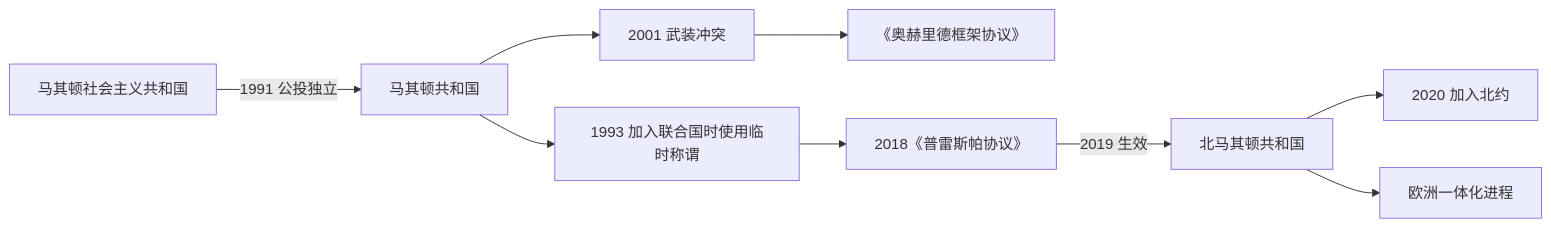
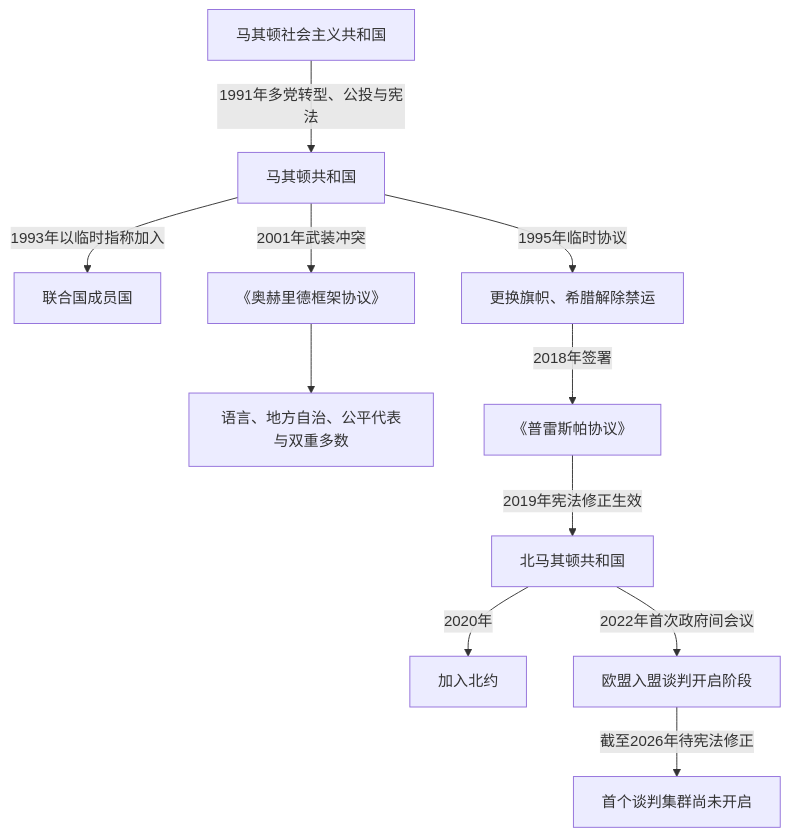
The diagram in 人文科学/历史/欧洲/东南欧与巴尔干/北马其顿/独立、国名争议与北马其顿.md (tianlan-dev/learning-notes), drawn with Mermaid before and after one commit. The commit also changed other lines of this file and 1417 other files, not shown here.

````diff
--- a/人文科学/历史/欧洲/东南欧与巴尔干/北马其顿/独立、国名争议与北马其顿.md
+++ b/人文科学/历史/欧洲/东南欧与巴尔干/北马其顿/独立、国名争议与北马其顿.md
@@ -17,11 +15,13 @@
 ```mermaid
-flowchart LR
-  Socialist["马其顿社会主义共和国"] -->|"1991 公投独立"| Republic["马其顿共和国"]
-  Republic --> UN["1993 加入联合国时使用临时称谓"]
-  Republic --> Conflict["2001 武装冲突"]
-  Conflict --> Ohrid["《奥赫里德框架协议》"]
-  UN --> Prespa["2018《普雷斯帕协议》"]
-  Prespa -->|"2019 生效"| NorthMacedonia["北马其顿共和国"]
-  NorthMacedonia --> NATO["2020 加入北约"]
-  NorthMacedonia --> Europe["欧洲一体化进程"]
+flowchart TD
+    SRM["马其顿社会主义共和国"] -->|1991年多党转型、公投与宪法| RM["马其顿共和国"]
+    RM -->|1993年以临时指称加入| UN["联合国成员国"]
+    RM -->|1995年临时协议| Interim["更换旗帜、希腊解除禁运"]
+    RM -->|2001年武装冲突| Ohrid["《奥赫里德框架协议》"]
+    Ohrid --> PowerSharing["语言、地方自治、公平代表与双重多数"]
+    Interim -->|2018年签署| Prespa["《普雷斯帕协议》"]
+    Prespa -->|2019年宪法修正生效| RNM["北马其顿共和国"]
+    RNM -->|2020年| NATO["加入北约"]
+    RNM -->|2022年首次政府间会议| EU["欧盟入盟谈判开启阶段"]
+    EU -->|截至2026年待宪法修正| Stalled["首个谈判集群尚未开启"]
 ```
````
